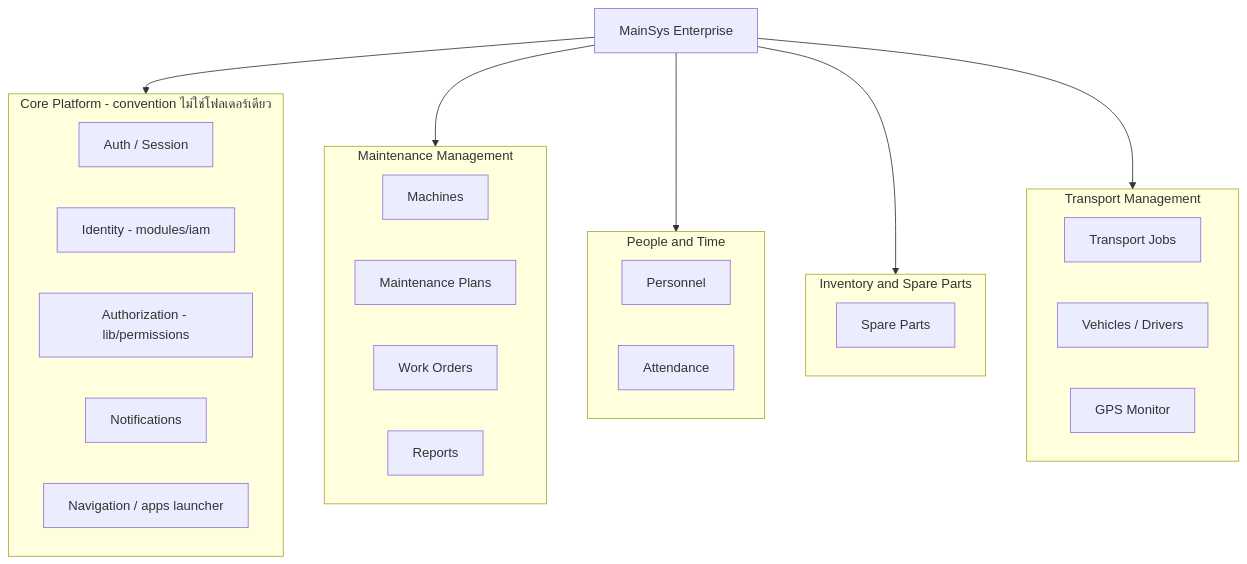
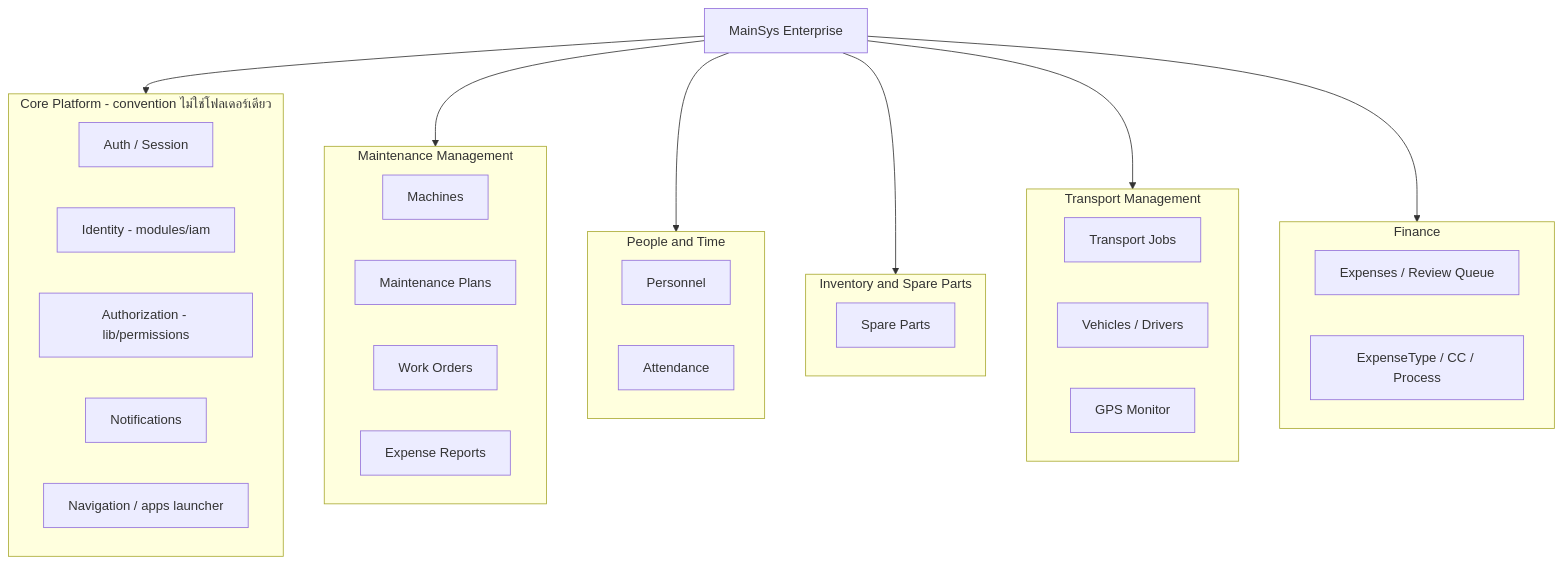
The first of 2 diagrams in docs/architecture/vision-as-is-to-be.md (boynormal/scc-system), drawn with Mermaid before and after one commit. The commit also changed other lines of this file and 38 other files, not shown here.

Commit message:
Issue human document numbers for repair and tire logs, and redesign finance reports for usable review.

````diff
--- a/docs/architecture/vision-as-is-to-be.md
+++ b/docs/architecture/vision-as-is-to-be.md
@@ -7,40 +7,47 @@
 ```mermaid
 flowchart TB
   brand["MainSys Enterprise"]
 
   subgraph core [Core Platform - convention ไม่ใช่โฟลเดอร์เดียว]
     auth["Auth / Session"]
     iam["Identity - modules/iam"]
     rbac["Authorization - lib/permissions"]
     notif["Notifications"]
     nav["Navigation / apps launcher"]
   end
 
   subgraph maint [Maintenance Management]
     machines["Machines"]
     plans["Maintenance Plans"]
     wo["Work Orders"]
     reports["Reports"]
   end
 
   subgraph people [People and Time]
     personnel["Personnel"]
     attendance["Attendance"]
   end
 
   subgraph inv [Inventory and Spare Parts]
     spareparts["Spare Parts"]
   end
 
   subgraph transport [Transport Management]
     jobs["Transport Jobs"]
     fleet["Vehicles / Drivers"]
     gps["GPS Monitor"]
   end
 
+  subgraph finance [Finance]
+    expenses["Expenses / Review Queue"]
+    reports["Expense Reports"]
+    masters["ExpenseType / CC / Process"]
+  end
+
   brand --> core
   brand --> maint
   brand --> people
   brand --> inv
   brand --> transport
+  brand --> finance
 ```
````
